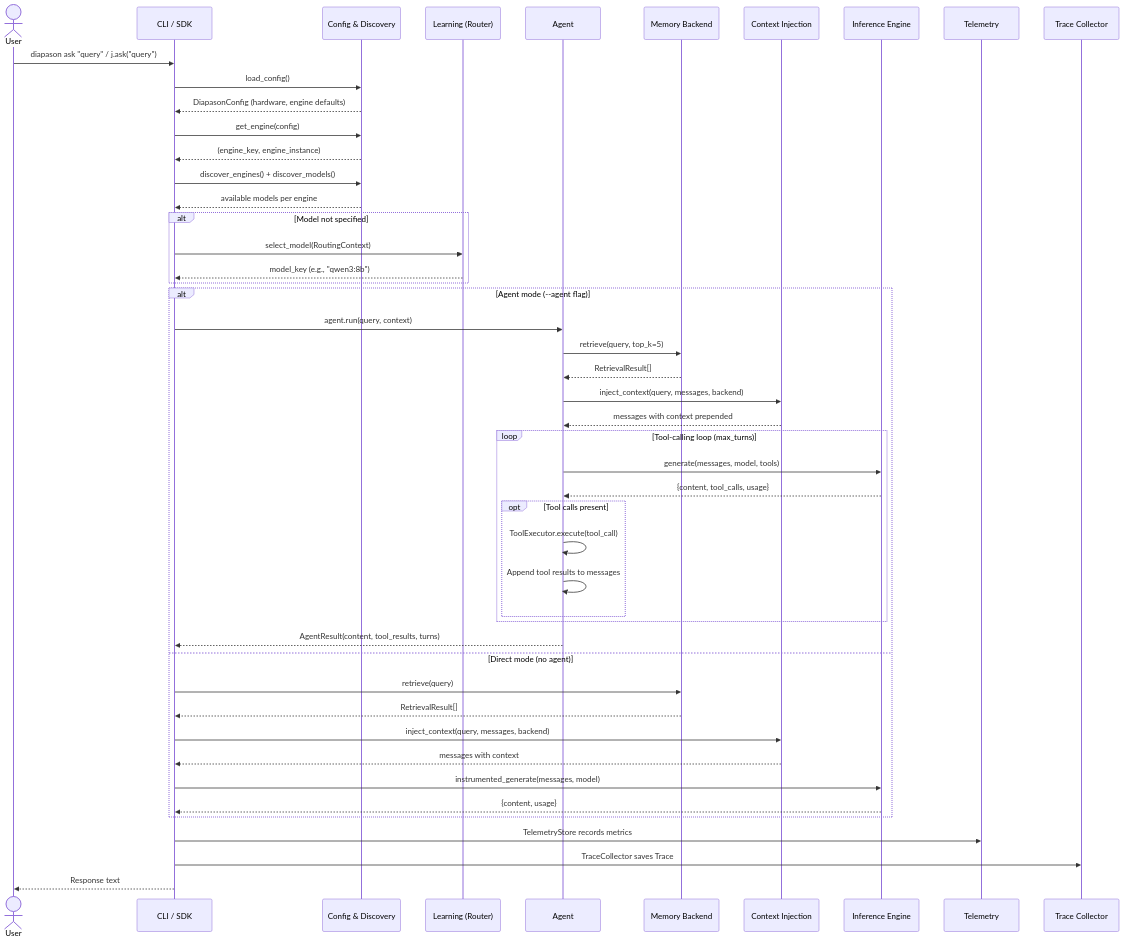
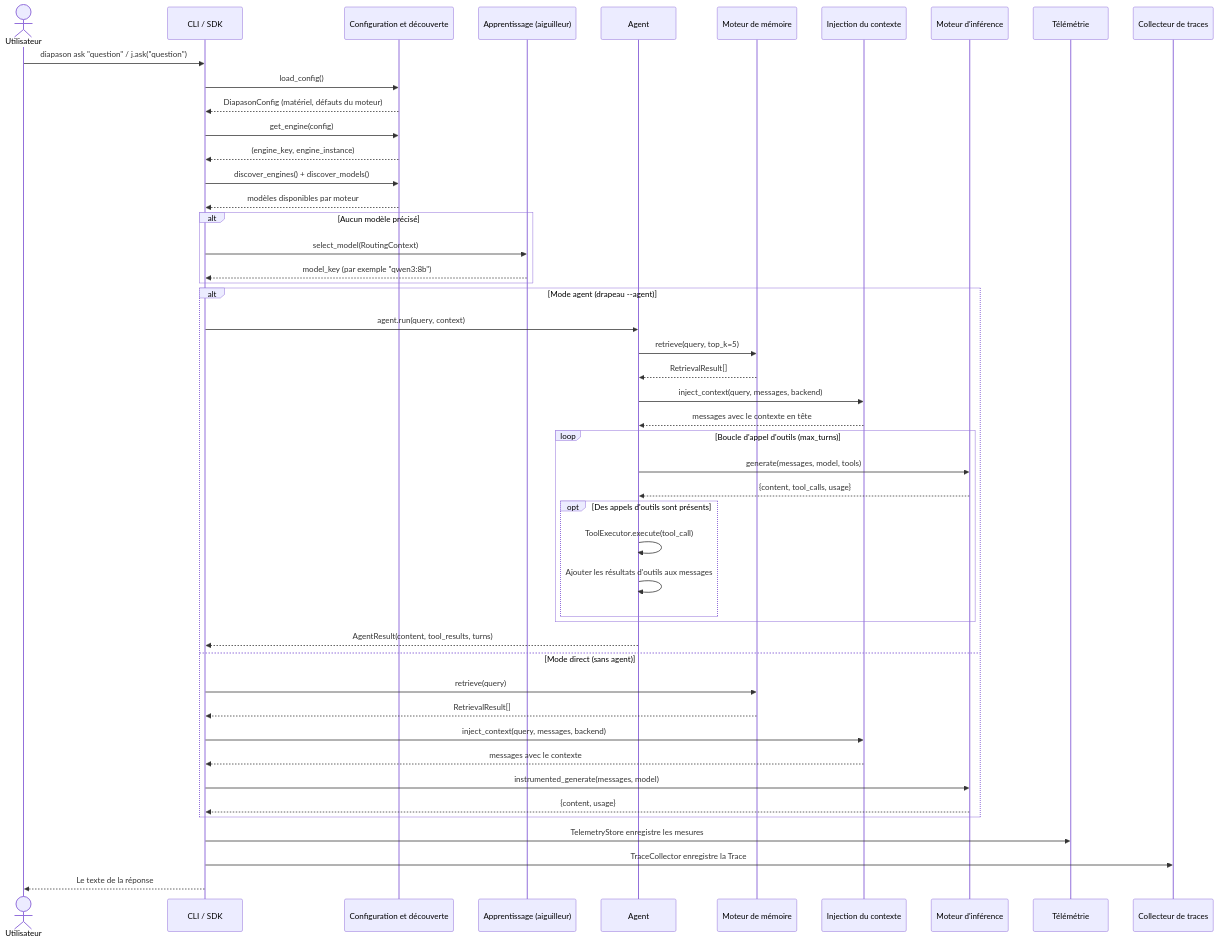
The diagram in docs/architecture/query-flow.md (carlitoetienne01-spec/Diapason), drawn with Mermaid before and after one commit. The commit also changed other lines of this file and 257 other files, not shown here.

````diff
--- a/docs/architecture/query-flow.md
+++ b/docs/architecture/query-flow.md
@@ -9,59 +9,59 @@
 ```mermaid
 sequenceDiagram
-    actor User
+    actor User as Utilisateur
     participant CLI as CLI / SDK
-    participant CFG as Config & Discovery
-    participant LRN as Learning (Router)
+    participant CFG as Configuration et découverte
+    participant LRN as Apprentissage (aiguilleur)
     participant AGT as Agent
-    participant MEM as Memory Backend
-    participant CTX as Context Injection
-    participant ENG as Inference Engine
-    participant TEL as Telemetry
-    participant TRC as Trace Collector
+    participant MEM as Moteur de mémoire
+    participant CTX as Injection du contexte
+    participant ENG as Moteur d'inférence
+    participant TEL as Télémétrie
+    participant TRC as Collecteur de traces
 
-    User->>CLI: diapason ask "query" / j.ask("query")
+    User->>CLI: diapason ask "question" / j.ask("question")
     CLI->>CFG: load_config()
-    CFG-->>CLI: DiapasonConfig (hardware, engine defaults)
+    CFG-->>CLI: DiapasonConfig (matériel, défauts du moteur)
 
     CLI->>CFG: get_engine(config)
     CFG-->>CLI: (engine_key, engine_instance)
 
     CLI->>CFG: discover_engines() + discover_models()
-    CFG-->>CLI: available models per engine
+    CFG-->>CLI: modèles disponibles par moteur
 
-    alt Model not specified
+    alt Aucun modèle précisé
         CLI->>LRN: select_model(RoutingContext)
-        LRN-->>CLI: model_key (e.g., "qwen3:8b")
+        LRN-->>CLI: model_key (par exemple "qwen3:8b")
     end
 
-    alt Agent mode (--agent flag)
+    alt Mode agent (drapeau --agent)
         CLI->>AGT: agent.run(query, context)
         AGT->>MEM: retrieve(query, top_k=5)
         MEM-->>AGT: RetrievalResult[]
         AGT->>CTX: inject_context(query, messages, backend)
-        CTX-->>AGT: messages with context prepended
+        CTX-->>AGT: messages avec le contexte en tête
 
-        loop Tool-calling loop (max_turns)
+        loop Boucle d'appel d'outils (max_turns)
             AGT->>ENG: generate(messages, model, tools)
             ENG-->>AGT: {content, tool_calls, usage}
-            opt Tool calls present
+            opt Des appels d'outils sont présents
                 AGT->>AGT: ToolExecutor.execute(tool_call)
-                AGT->>AGT: Append tool results to messages
+                AGT->>AGT: Ajouter les résultats d'outils aux messages
             end
         end
 
         AGT-->>CLI: AgentResult(content, tool_results, turns)
-    else Direct mode (no agent)
+    else Mode direct (sans agent)
         CLI->>MEM: retrieve(query)
         MEM-->>CLI: RetrievalResult[]
         CLI->>CTX: inject_context(query, messages, backend)
-        CTX-->>CLI: messages with context
+        CTX-->>CLI: messages avec le contexte
 
         CLI->>ENG: instrumented_generate(messages, model)
         ENG-->>CLI: {content, usage}
     end
 
-    CLI->>TEL: TelemetryStore records metrics
-    CLI->>TRC: TraceCollector saves Trace
-    CLI-->>User: Response text
+    CLI->>TEL: TelemetryStore enregistre les mesures
+    CLI->>TRC: TraceCollector enregistre la Trace
+    CLI-->>User: Le texte de la réponse
 ```
````
